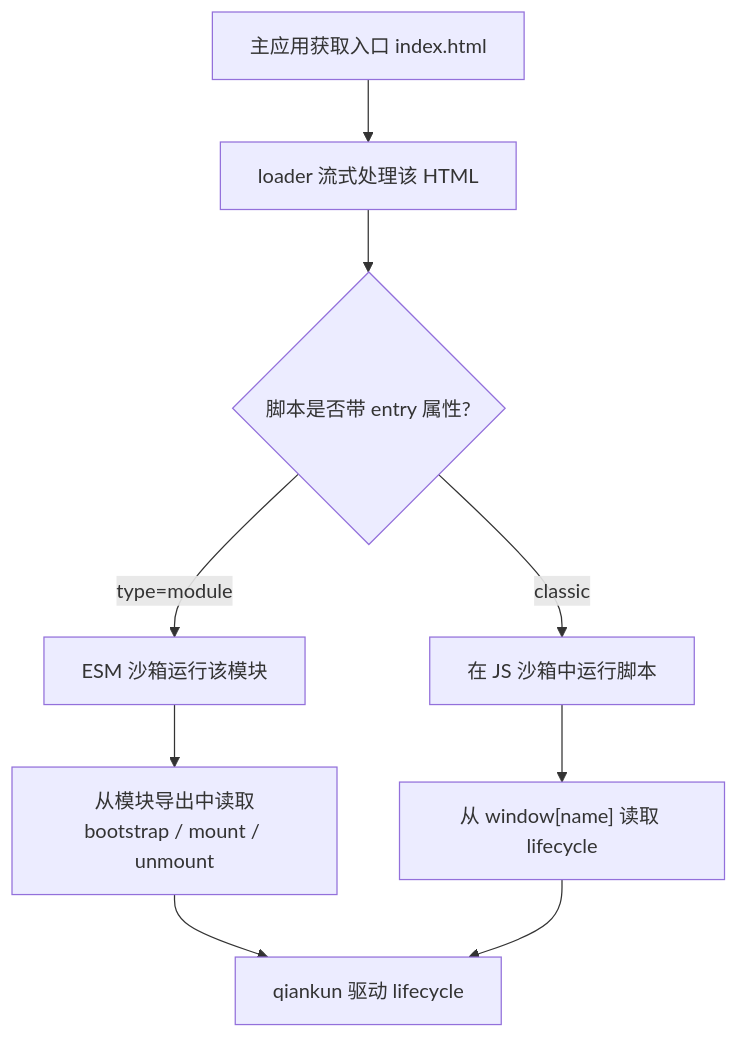
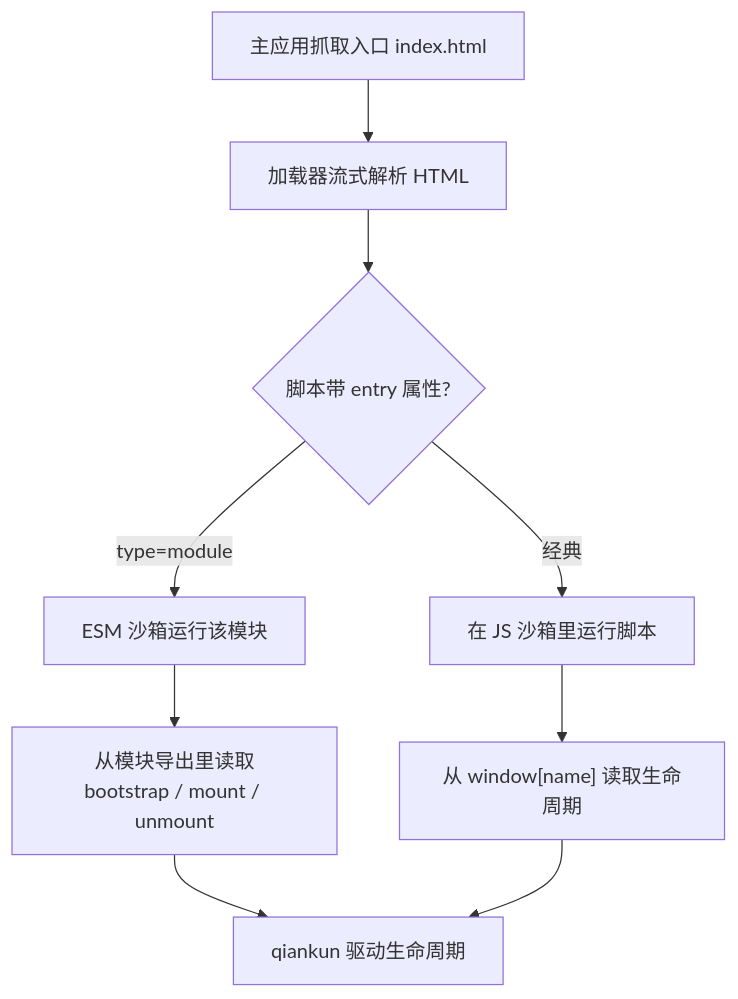
One commit to umijs/qiankun changed the diagram in docs/zh-CN/tutorial/build-the-micro-app.md. Above: the diagram before and after it, drawn with Mermaid. The commit also changed other lines of this file and 63 other files, not shown here.

````diff
--- a/docs/zh-CN/tutorial/build-the-micro-app.md
+++ b/docs/zh-CN/tutorial/build-the-micro-app.md
@@ -252,11 +252,11 @@
 ```mermaid
 flowchart TD
-  A[主应用获取入口 index.html] --> B[loader 流式处理该 HTML]
-  B --> C{脚本是否带 entry 属性?}
+  A[主应用抓取入口 index.html] --> B[加载器流式解析 HTML]
+  B --> C{脚本带 entry 属性?}
   C -->|type=module| D[ESM 沙箱运行该模块]
-  D --> E[从模块导出中读取<br/>bootstrap / mount / unmount]
-  C -->|classic| F[在 JS 沙箱中运行脚本]
-  F --> G["从 window[name] 读取 lifecycle"]
-  E --> H[qiankun 驱动 lifecycle]
+  D --> E[从模块导出里读取<br/>bootstrap / mount / unmount]
+  C -->|经典| F[在 JS 沙箱里运行脚本]
+  F --> G["从 window[name] 读取生命周期"]
+  E --> H[qiankun 驱动生命周期]
   G --> H
 ```
````
